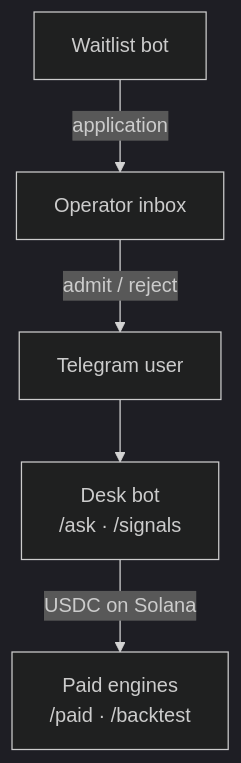
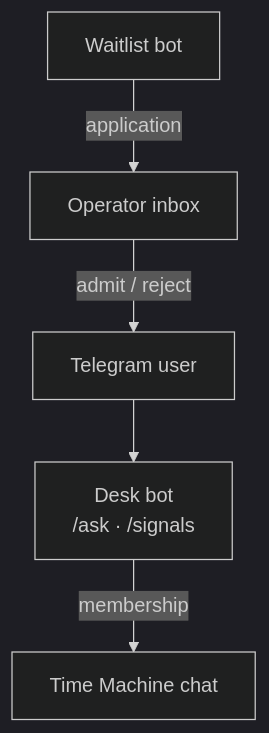
The third of 3 diagrams in README.md (9lordisgod/mercedes-signal), drawn with Mermaid (dark theme) before and after one commit. The commit also changed other lines of this file and 2 other files, not shown here.

Commit message:
Note the paid Time Machine chat in basic words
No internals. Testers chat in Telegram. Paid members can ask
the tape in a chat box.

````diff
--- a/README.md
+++ b/README.md
@@ -79,9 +79,8 @@
 ```mermaid
 flowchart TB
   wl[Waitlist bot] -->|application| op[Operator inbox]
   op -->|admit / reject| user[Telegram user]
   user --> chat["Desk bot
 /ask · /signals"]
-  chat -->|USDC on Solana| engines["Paid engines
-/paid · /backtest"]
+  chat -->|membership| tm[Time Machine chat]
 ```
````
